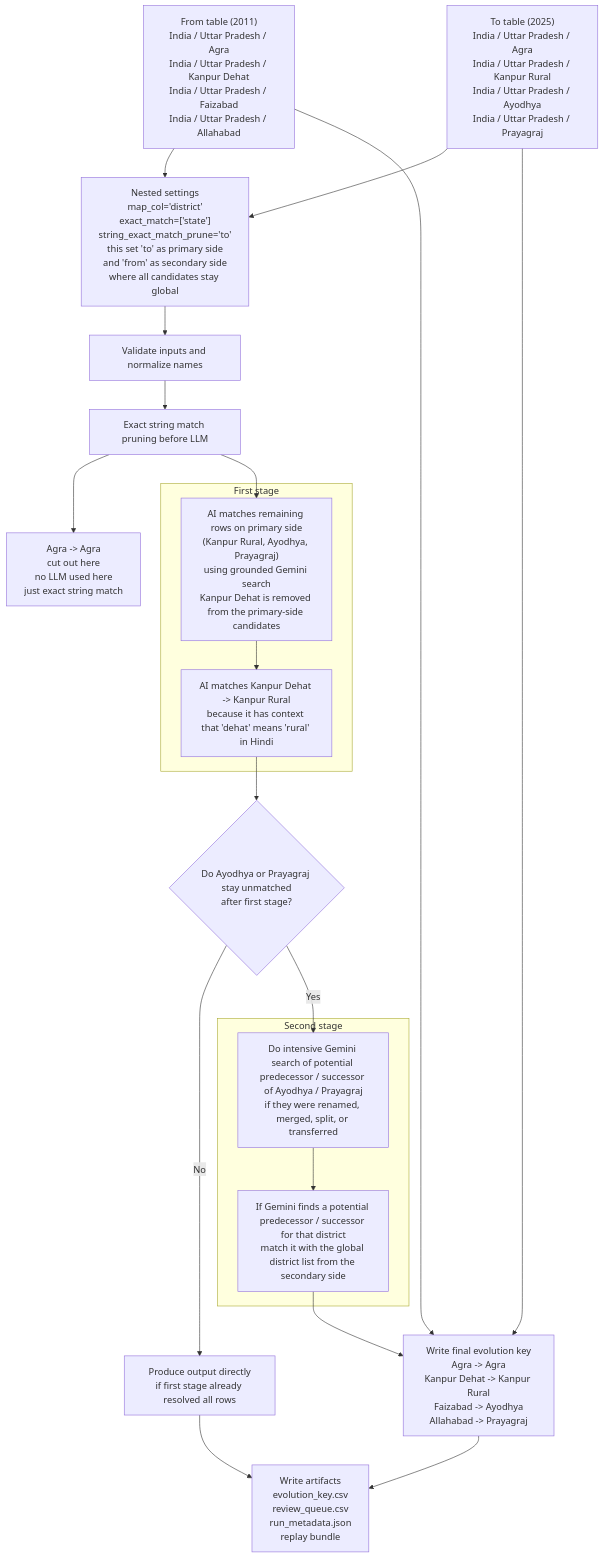
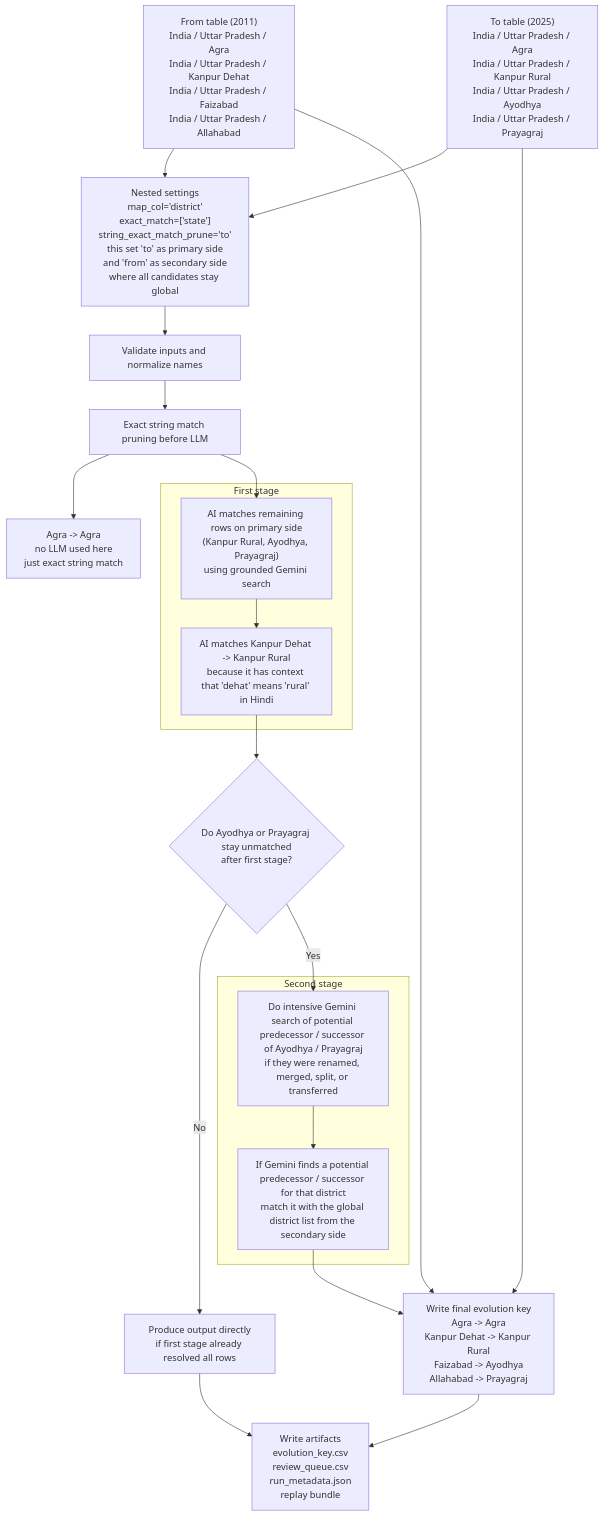
One commit to TahaIbrahimSiddiqui/AdminLineageAI changed the diagram in README.md. Above: the diagram before and after it, drawn with Mermaid.

Commit message:
Refactor README for clarity and remove redundancy

````diff
--- a/README.md
+++ b/README.md
@@ -129,44 +129,44 @@
 ```mermaid
 flowchart TD
     A["From table (2011)<br/>India / Uttar Pradesh / Agra<br/>India / Uttar Pradesh / Kanpur Dehat<br/>India / Uttar Pradesh / Faizabad<br/>India / Uttar Pradesh / Allahabad"]
     B["To table (2025)<br/>India / Uttar Pradesh / Agra<br/>India / Uttar Pradesh / Kanpur Rural<br/>India / Uttar Pradesh / Ayodhya<br/>India / Uttar Pradesh / Prayagraj"]
     C["Nested settings<br/>map_col='district'<br/>exact_match=['state']<br/>string_exact_match_prune='to'<br/>this set 'to' as primary side<br/>and 'from' as secondary side<br/>where all candidates stay global"]
     D["Validate inputs and normalize names"]
     E["Exact string match pruning before LLM"]
-    F["Agra -> Agra<br/>cut out here<br/>no LLM used here<br/>just exact string match"]
-    H["AI matches remaining rows on primary side<br/>(Kanpur Rural, Ayodhya, Prayagraj)<br/>using grounded Gemini search<br/>Kanpur Dehat is removed from the primary-side candidates"]
+    F["Agra -> Agra<br/>no LLM used here<br/>just exact string match"]
+    H["AI matches remaining rows on primary side<br/>(Kanpur Rural, Ayodhya, Prayagraj)<br/>using grounded Gemini search<br/>"]
     I["AI matches Kanpur Dehat -> Kanpur Rural<br/>because it has context that 'dehat' means 'rural' in Hindi"]
     J{"Do Ayodhya or Prayagraj stay unmatched<br/>after first stage?"}
     K["Produce output directly<br/>if first stage already resolved all rows"]
     L["Do intensive Gemini search of potential predecessor / successor of Ayodhya / Prayagraj<br/>if they were renamed, merged, split, or transferred"]
     M["If Gemini finds a potential predecessor / successor for that district<br/>match it with the global district list from the secondary side"]
     N["Write final evolution key<br/>Agra -> Agra<br/>Kanpur Dehat -> Kanpur Rural<br/>Faizabad -> Ayodhya<br/>Allahabad -> Prayagraj"]
     O["Write artifacts<br/>evolution_key.csv<br/>review_queue.csv<br/>run_metadata.json<br/>replay bundle"]
 
     subgraph G["First stage"]
         H
         I
     end
 
     subgraph P["Second stage"]
         L
         M
     end
 
     A --> C
     B --> C
     C --> D
     D --> E
     E --> F
     E --> H
     H --> I
     I --> J
     J -- "No" --> K
     J -- "Yes" --> L
     L --> M
     K --> O
     A --> N
     B --> N
     M --> N
     N --> O
 ```
````
